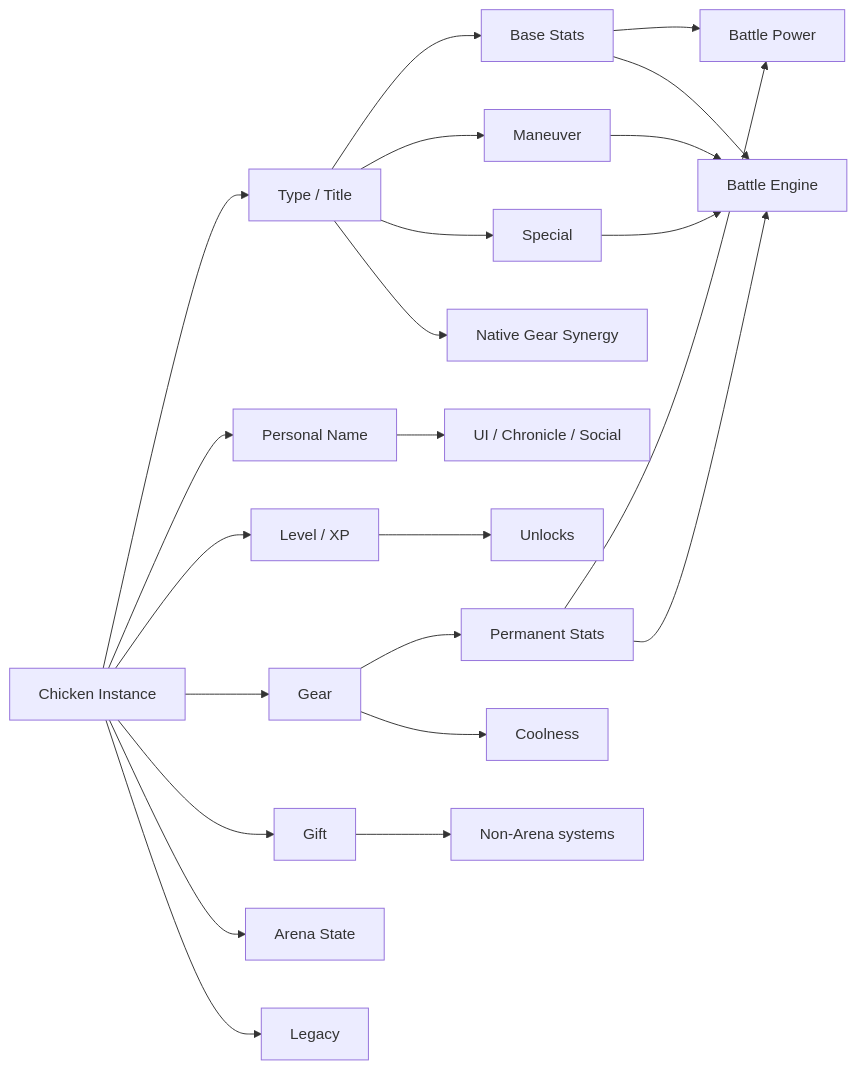
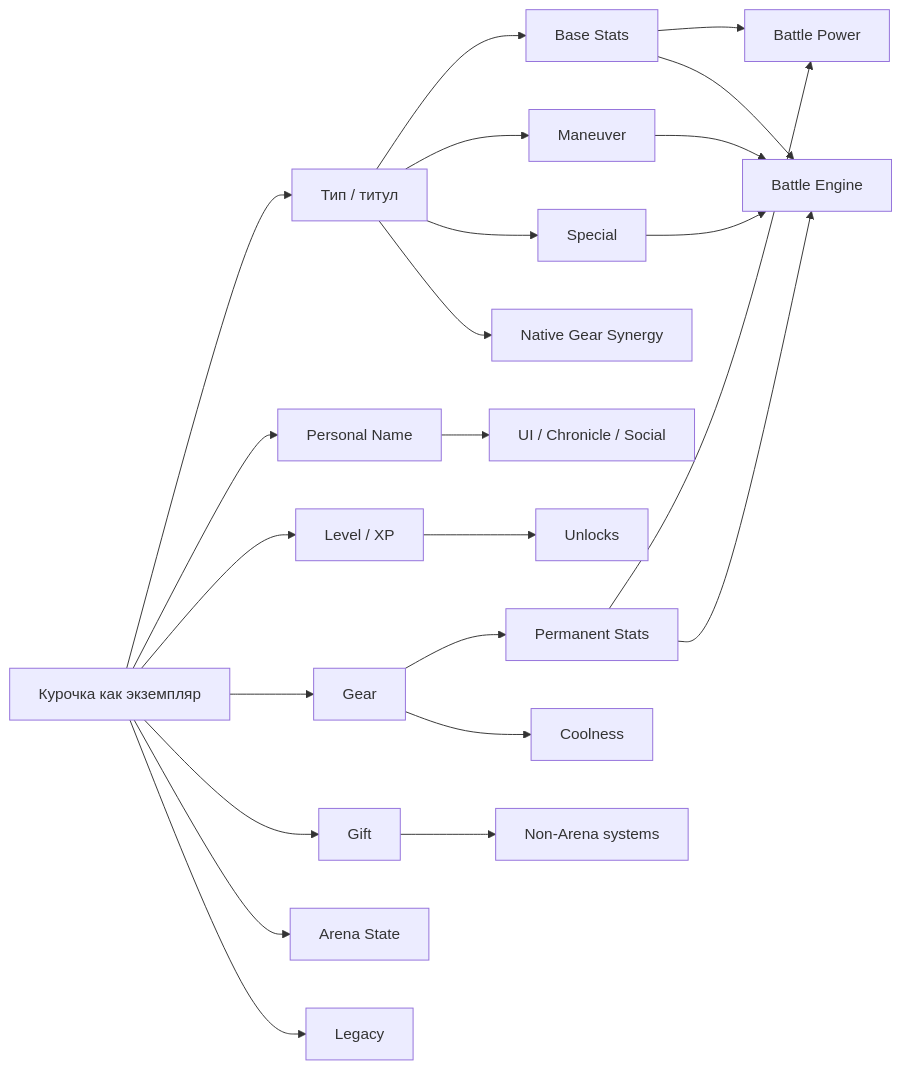
The second of 10 diagrams in GAME_DEPENDENCY_GRAPH.md (gselfman/QuRa-Game-Design), drawn with Mermaid before and after one commit. The commit also changed other lines of this file, not shown here.

Commit message:
docs(P7): fix mistranslations and remove GE payout from dependency diagram

````diff
--- a/GAME_DEPENDENCY_GRAPH.md
+++ b/GAME_DEPENDENCY_GRAPH.md
@@ -227,27 +227,27 @@
 ```mermaid
 flowchart LR
-    A[Chicken Instance] --> B[Type / Title]
+    A[Курочка как экземпляр] --> B[Тип / титул]
     A --> C[Personal Name]
     A --> D[Level / XP]
     A --> E[Gear]
     A --> F[Gift]
     A --> G[Arena State]
     A --> H[Legacy]
 
     B --> I[Base Stats]
     B --> J[Maneuver]
     B --> K[Special]
     B --> L[Native Gear Synergy]
 
     C --> M[UI / Chronicle / Social]
     D --> N[Unlocks]
     E --> O[Permanent Stats]
     E --> P[Coolness]
     F --> Q[Non-Arena systems]
     O --> R[Battle Power]
     I --> R
     I --> S[Battle Engine]
     O --> S
     J --> S
     K --> S
 ```
````
